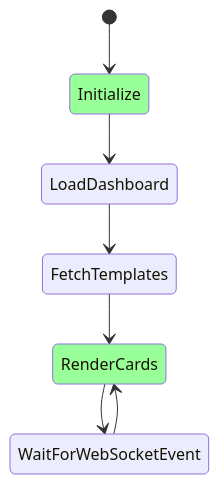
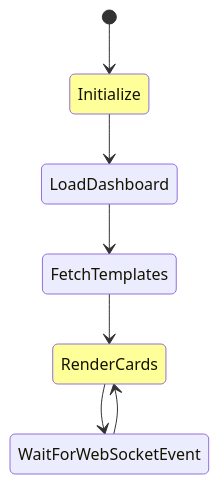
One commit to daredoes/linked-lovelace-ui changed the fifth of 19 diagrams in docs_site/project-history.md. Above: the diagram before and after it, drawn with Mermaid. The commit also changed other lines of this file and 1 other file, not shown here.

First line of the commit message:
Fix all Mermaid diagram syntax errors for v11.12.3 compatibility

````diff
--- a/docs_site/project-history.md
+++ b/docs_site/project-history.md
@@ -134,12 +134,12 @@
 ```mermaid
 stateDiagram
     [*] --> Initialize
     Initialize --> LoadDashboard
     LoadDashboard --> FetchTemplates
     FetchTemplates --> RenderCards
     RenderCards --> WaitForWebSocketEvent
     WaitForWebSocketEvent --> RenderCards
     
-    style Initialize fill:#9f9
-    style RenderCards fill:#9f9
+    style Initialize fill:#ff9
+    style RenderCards fill:#ff9
 ```
````
